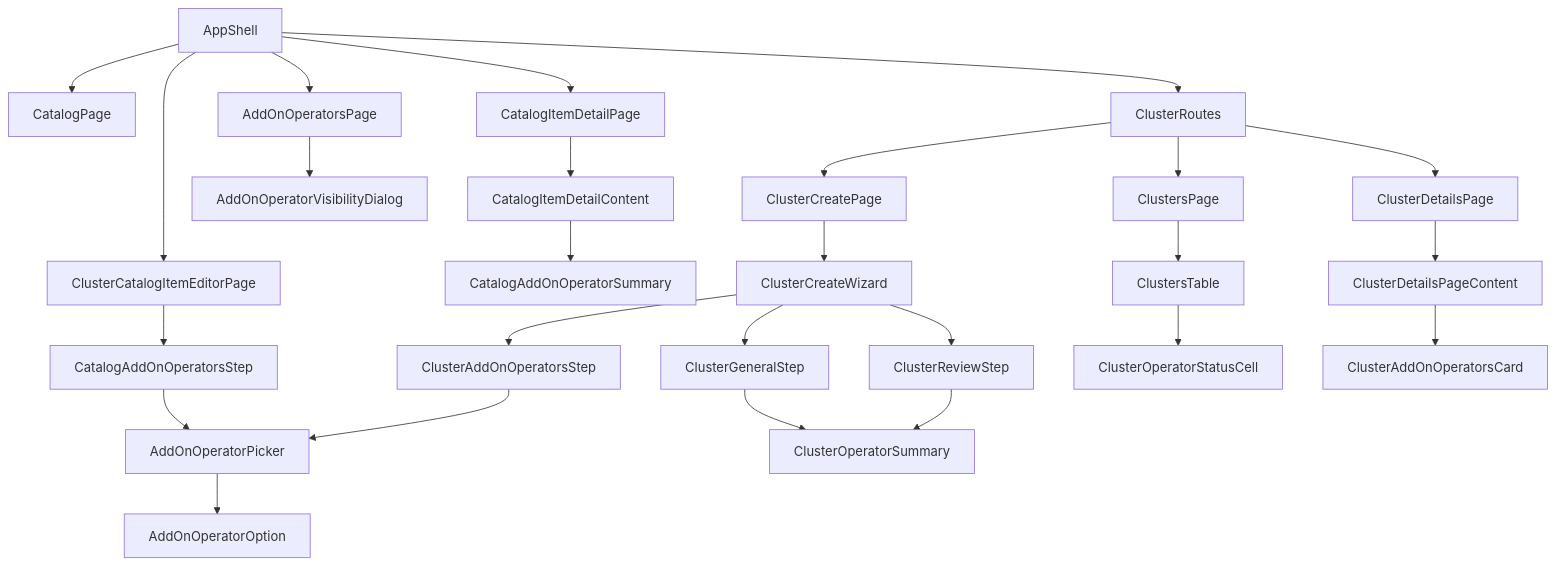
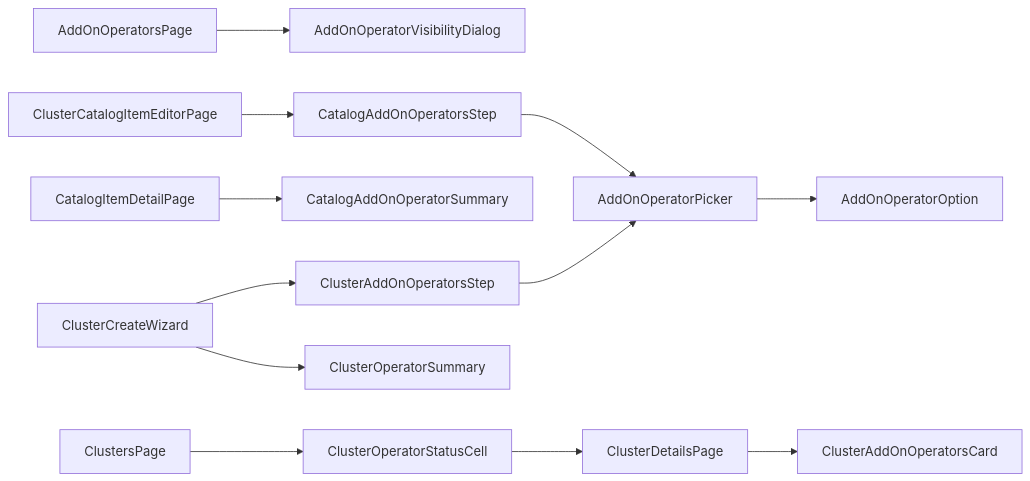
The diagram in enhancements/OSAC-4090-caas-addon-operator-support/ui-design-OSAC-4095.md (osac-project/enhancement-proposals), drawn with Mermaid before and after one commit. The commit also changed other lines of this file and 1 other file, not shown here.

````diff
--- a/enhancements/OSAC-4090-caas-addon-operator-support/ui-design-OSAC-4095.md
+++ b/enhancements/OSAC-4090-caas-addon-operator-support/ui-design-OSAC-4095.md
@@ -21,28 +35,14 @@
 ```mermaid
-graph TD
-  AppShell --> CatalogPage
-  AppShell --> CatalogItemDetailPage
-  AppShell --> ClusterCatalogItemEditorPage
-  AppShell --> AddOnOperatorsPage
-  AppShell --> ClusterRoutes
-  CatalogItemDetailPage --> CatalogItemDetailContent
-  CatalogItemDetailContent --> CatalogAddOnOperatorSummary
-  ClusterCatalogItemEditorPage --> CatalogAddOnOperatorsStep
-  CatalogAddOnOperatorsStep --> AddOnOperatorPicker
-  AddOnOperatorPicker --> AddOnOperatorOption
-  AddOnOperatorsPage --> AddOnOperatorVisibilityDialog
-  ClusterRoutes --> ClusterCreatePage
-  ClusterCreatePage --> ClusterCreateWizard
-  ClusterRoutes --> ClustersPage
-  ClusterRoutes --> ClusterDetailsPage
-  ClusterCreateWizard --> ClusterGeneralStep
-  ClusterGeneralStep --> ClusterOperatorSummary
-  ClusterCreateWizard --> ClusterAddOnOperatorsStep
-  ClusterAddOnOperatorsStep --> AddOnOperatorPicker
-  ClusterCreateWizard --> ClusterReviewStep
-  ClusterReviewStep --> ClusterOperatorSummary
-  ClustersPage --> ClustersTable
-  ClustersTable --> ClusterOperatorStatusCell
-  ClusterDetailsPage --> ClusterDetailsPageContent
-  ClusterDetailsPageContent --> ClusterAddOnOperatorsCard
+flowchart LR
+  Provider[AddOnOperatorsPage] --> Visibility[AddOnOperatorVisibilityDialog]
+  Editor[ClusterCatalogItemEditorPage] --> CatalogStep[CatalogAddOnOperatorsStep]
+  CatalogStep --> Picker[AddOnOperatorPicker]
+  CatalogDetail[CatalogItemDetailPage] --> CatalogSummary[CatalogAddOnOperatorSummary]
+  Wizard[ClusterCreateWizard] --> OrderStep[ClusterAddOnOperatorsStep]
+  OrderStep --> Picker
+  Picker --> Option[AddOnOperatorOption]
+  Wizard --> Review[ClusterOperatorSummary]
+  Clusters[ClustersPage] --> Cell[ClusterOperatorStatusCell]
+  Cell --> Details[ClusterDetailsPage]
+  Details --> Card[ClusterAddOnOperatorsCard]
 ```
````
